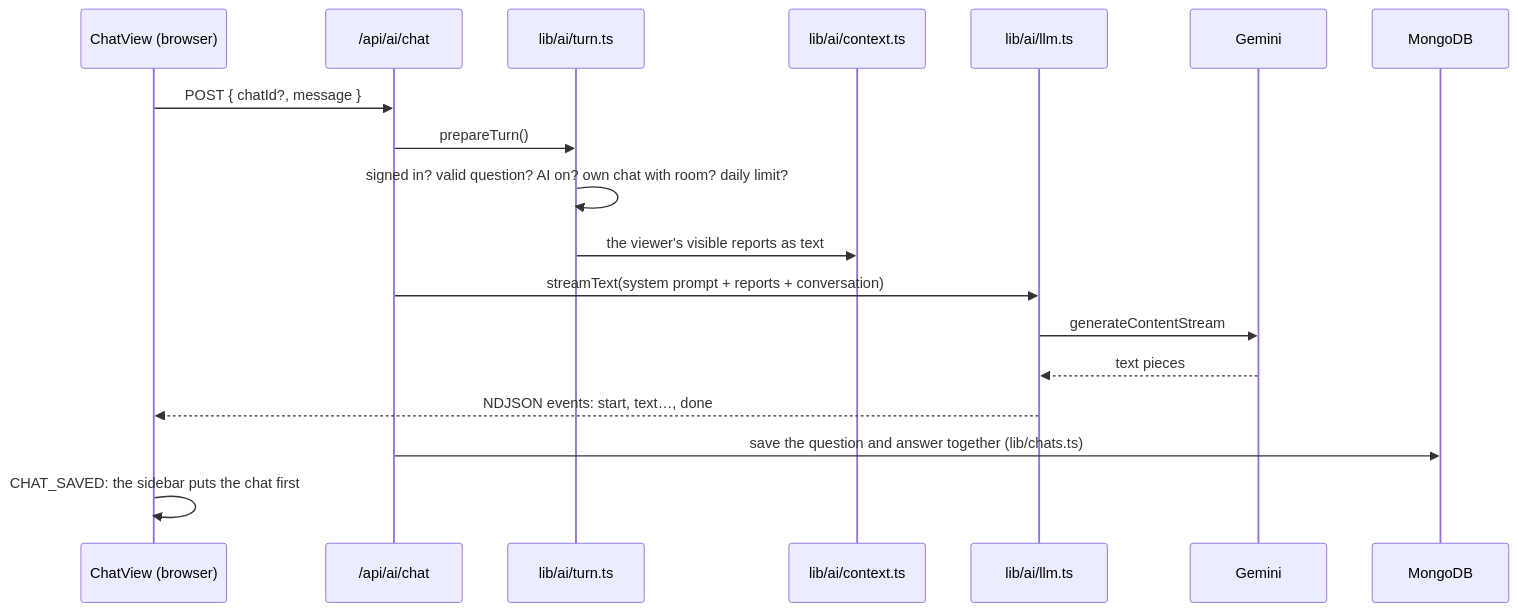
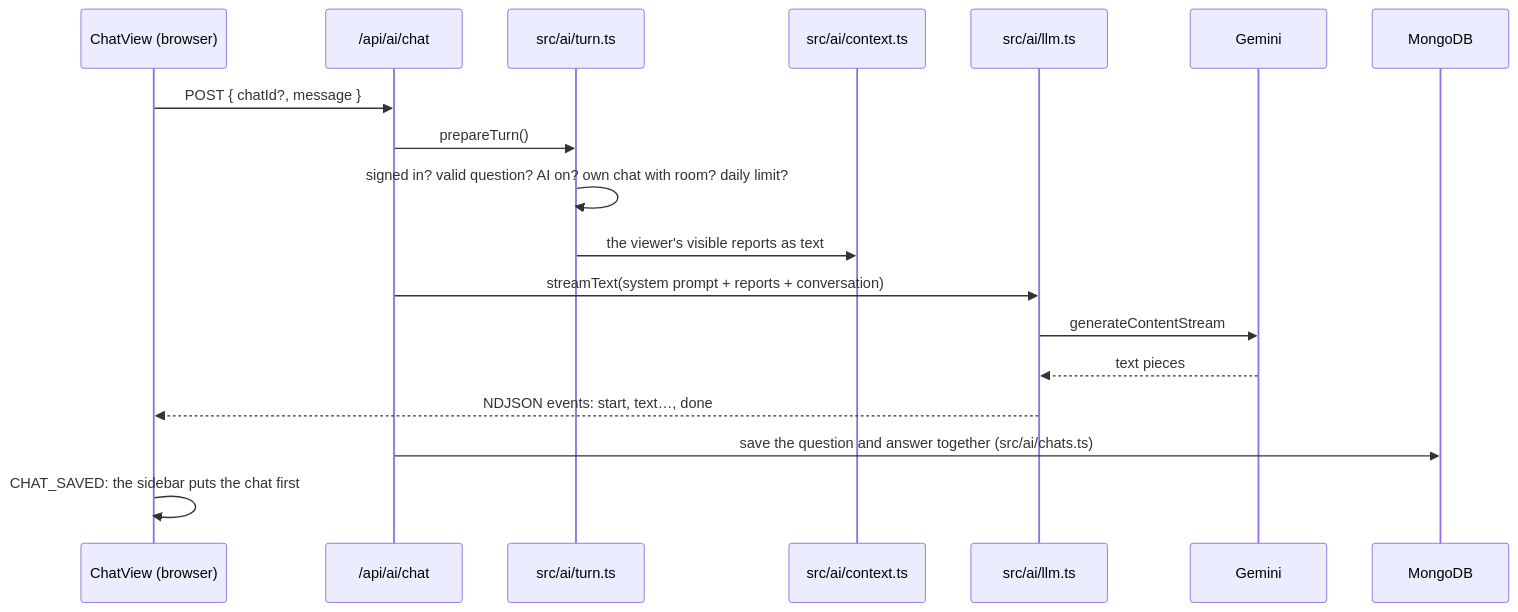
Before and after one commit to trcpoet/splunk-report-ai: the sixth of 6 diagrams in docs/architecture.md, drawn with Mermaid. The commit also changed other lines of this file and 342 other files, not shown here.

````diff
--- a/docs/architecture.md
+++ b/docs/architecture.md
@@ -188,21 +188,21 @@
 ```mermaid
 sequenceDiagram
     participant V as ChatView (browser)
     participant R as /api/ai/chat
-    participant T as lib/ai/turn.ts
-    participant X as lib/ai/context.ts
-    participant L as lib/ai/llm.ts
+    participant T as src/ai/turn.ts
+    participant X as src/ai/context.ts
+    participant L as src/ai/llm.ts
     participant G as Gemini
     participant M as MongoDB
 
     V->>R: POST { chatId?, message }
     R->>T: prepareTurn()
     T->>T: signed in? valid question? AI on? own chat with room? daily limit?
     T->>X: the viewer's visible reports as text
     R->>L: streamText(system prompt + reports + conversation)
     L->>G: generateContentStream
     G-->>L: text pieces
     L-->>V: NDJSON events: start, text…, done
-    R->>M: save the question and answer together (lib/chats.ts)
+    R->>M: save the question and answer together (src/ai/chats.ts)
     V->>V: CHAT_SAVED: the sidebar puts the chat first
 ```
````
